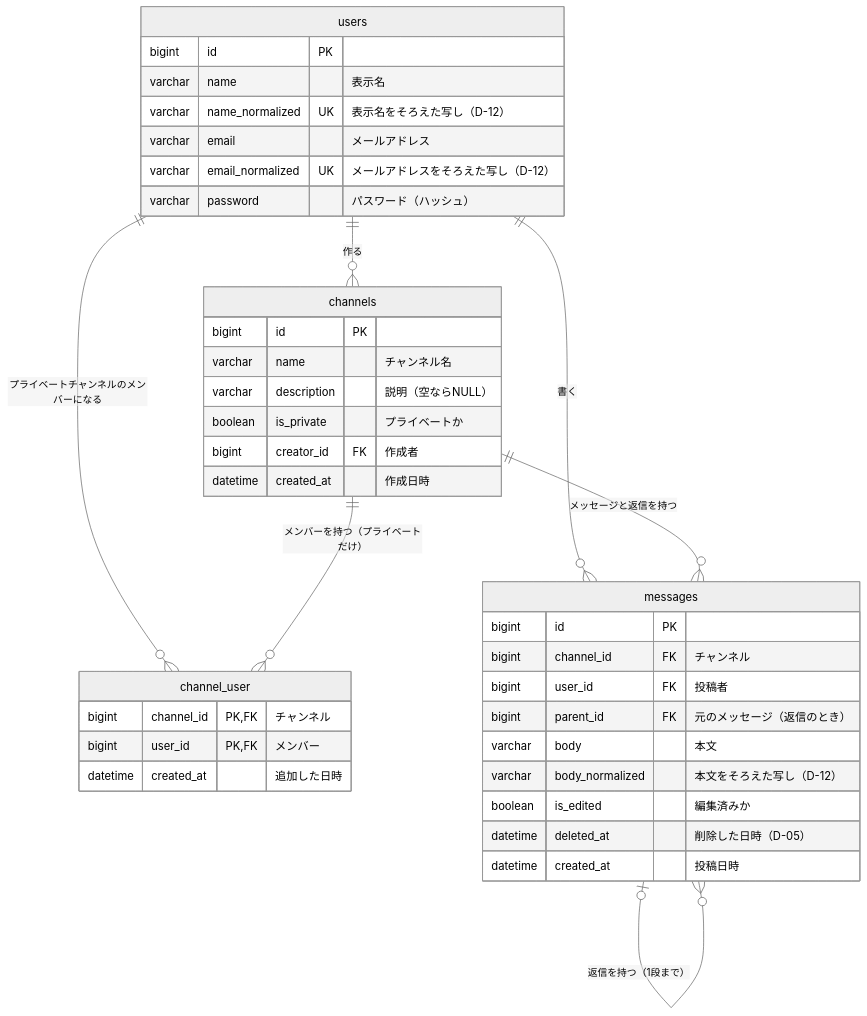
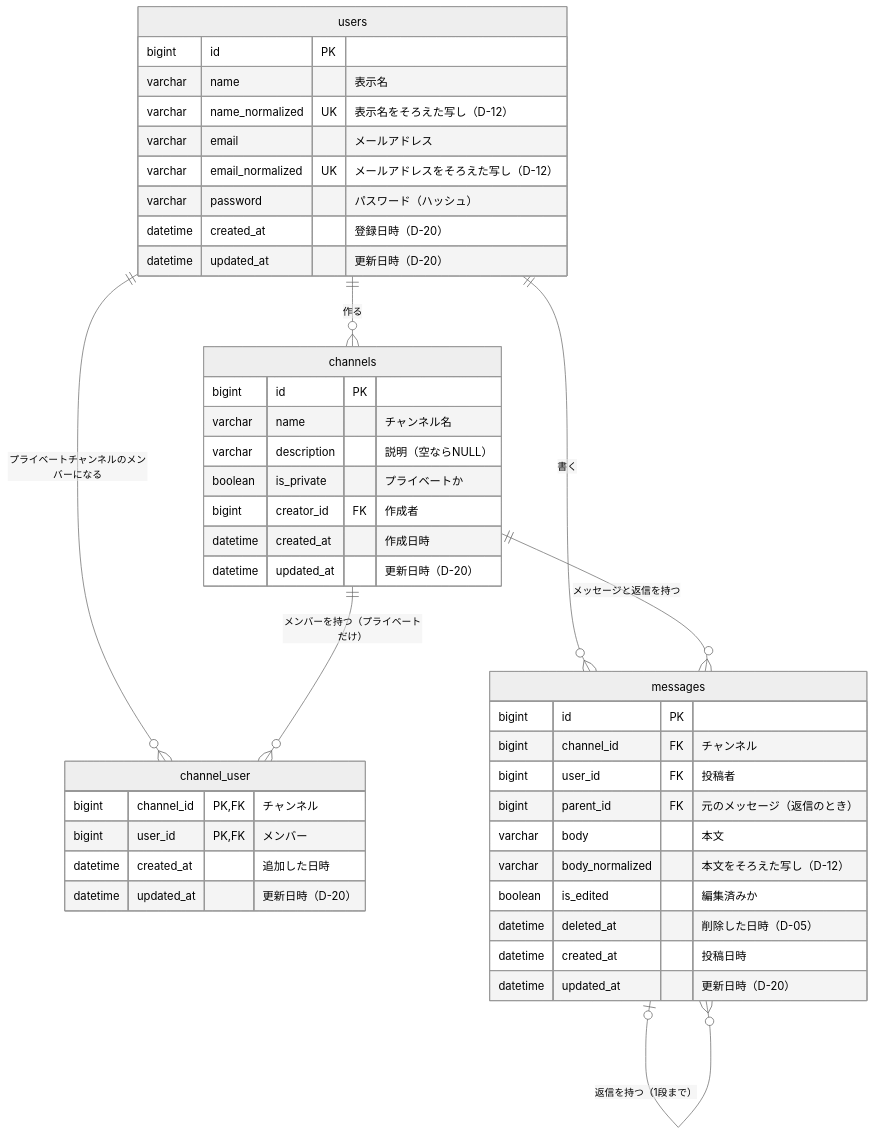
The diagram in docs/design/data.md (yukari-moriya/teamchat-app), drawn with Mermaid (neutral theme) before and after one commit. The commit also changed other lines of this file and 5 other files, not shown here.

````diff
--- a/docs/design/data.md
+++ b/docs/design/data.md
@@ -32,42 +36,47 @@
 ```mermaid
 erDiagram
   users ||--o{ channels : "作る"
   users ||--o{ channel_user : "プライベートチャンネルのメンバーになる"
   channels ||--o{ channel_user : "メンバーを持つ（プライベートだけ）"
   users ||--o{ messages : "書く"
   channels ||--o{ messages : "メッセージと返信を持つ"
   messages |o--o{ messages : "返信を持つ（1段まで）"
 
   users {
     bigint id PK
     varchar name "表示名"
     varchar name_normalized UK "表示名をそろえた写し（D-12）"
     varchar email "メールアドレス"
     varchar email_normalized UK "メールアドレスをそろえた写し（D-12）"
     varchar password "パスワード（ハッシュ）"
+    datetime created_at "登録日時（D-20）"
+    datetime updated_at "更新日時（D-20）"
   }
   channels {
     bigint id PK
     varchar name "チャンネル名"
     varchar description "説明（空ならNULL）"
     boolean is_private "プライベートか"
     bigint creator_id FK "作成者"
     datetime created_at "作成日時"
+    datetime updated_at "更新日時（D-20）"
   }
   channel_user {
     bigint channel_id PK, FK "チャンネル"
     bigint user_id PK, FK "メンバー"
     datetime created_at "追加した日時"
+    datetime updated_at "更新日時（D-20）"
   }
   messages {
     bigint id PK
     bigint channel_id FK "チャンネル"
     bigint user_id FK "投稿者"
     bigint parent_id FK "元のメッセージ（返信のとき）"
     varchar body "本文"
     varchar body_normalized "本文をそろえた写し（D-12）"
     boolean is_edited "編集済みか"
     datetime deleted_at "削除した日時（D-05）"
     datetime created_at "投稿日時"
+    datetime updated_at "更新日時（D-20）"
   }
 ```
````
